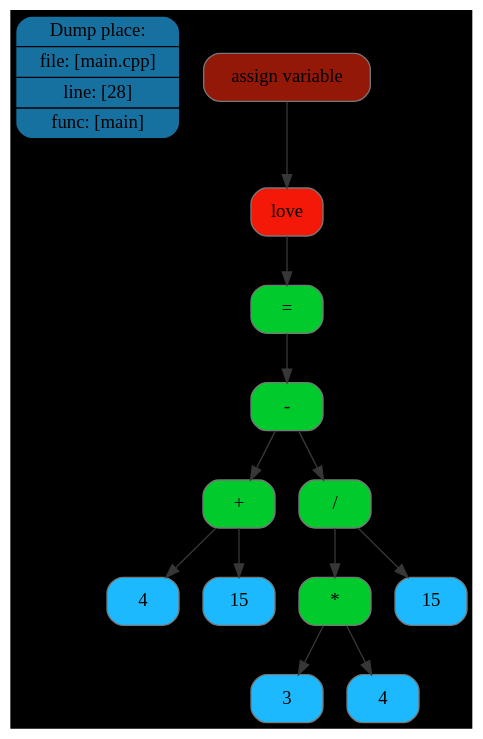
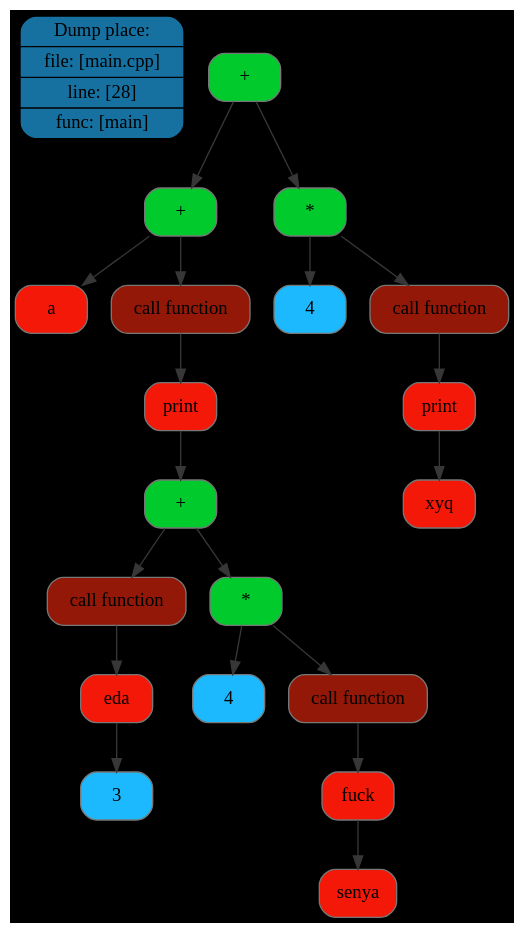
The diagram in FrontEnd/dot/tree/dot/tree1.dot (Maksim-Sebelev/Language), drawn with Graphviz before and after one commit. The commit also changed 40 other files, not shown here.

```diff
--- a/FrontEnd/dot/tree/dot/tree1.dot
+++ b/FrontEnd/dot/tree/dot/tree1.dot
@@ -1,29 +1,43 @@
 digraph G{
 rankdir=TB
 graph [bgcolor="#000000"];
 place[shape=Mrecord, style=filled, fillcolor="#1771a0", pos="0,1!",label = " { Dump place: | file: [main.cpp] | line: [28] | func: [main] } "color = "#000000"];
-node0x507000000560[shape=Mrecord, style=filled, fillcolor="#931807"label = "assign variable", color = "#777777"];
-node0x507000000090[shape=Mrecord, style=filled, fillcolor="#f31807"label = "love", color = "#777777"];
-node0x5070000004f0[shape=Mrecord, style=filled, fillcolor="#00ca2c"label = "\=", color = "#777777"];
-node0x507000000480[shape=Mrecord, style=filled, fillcolor="#00ca2c"label = "\-", color = "#777777"];
-node0x5070000001e0[shape=Mrecord, style=filled, fillcolor="#00ca2c"label = "\+", color = "#777777"];
-node0x507000000100[shape=Mrecord, style=filled, fillcolor="#1cb9ff"label = "4", color = "#777777"];
-node0x507000000170[shape=Mrecord, style=filled, fillcolor="#1cb9ff"label = "15", color = "#777777"];
-node0x507000000410[shape=Mrecord, style=filled, fillcolor="#00ca2c"label = "\/", color = "#777777"];
-node0x507000000330[shape=Mrecord, style=filled, fillcolor="#00ca2c"label = "\*", color = "#777777"];
-node0x507000000250[shape=Mrecord, style=filled, fillcolor="#1cb9ff"label = "3", color = "#777777"];
+node0x507000000870[shape=Mrecord, style=filled, fillcolor="#00ca2c"label = "\+", color = "#777777"];
+node0x5070000005d0[shape=Mrecord, style=filled, fillcolor="#00ca2c"label = "\+", color = "#777777"];
+node0x507000000090[shape=Mrecord, style=filled, fillcolor="#f31807"label = "a", color = "#777777"];
+node0x507000000560[shape=Mrecord, style=filled, fillcolor="#931807"label = "call function", color = "#777777"];
+node0x507000000100[shape=Mrecord, style=filled, fillcolor="#f31807"label = "print", color = "#777777"];
+node0x5070000004f0[shape=Mrecord, style=filled, fillcolor="#00ca2c"label = "\+", color = "#777777"];
+node0x507000000250[shape=Mrecord, style=filled, fillcolor="#931807"label = "call function", color = "#777777"];
+node0x507000000170[shape=Mrecord, style=filled, fillcolor="#f31807"label = "eda", color = "#777777"];
+node0x5070000001e0[shape=Mrecord, style=filled, fillcolor="#1cb9ff"label = "3", color = "#777777"];
+node0x507000000480[shape=Mrecord, style=filled, fillcolor="#00ca2c"label = "\*", color = "#777777"];
 node0x5070000002c0[shape=Mrecord, style=filled, fillcolor="#1cb9ff"label = "4", color = "#777777"];
-node0x5070000003a0[shape=Mrecord, style=filled, fillcolor="#1cb9ff"label = "15", color = "#777777"];
+node0x507000000410[shape=Mrecord, style=filled, fillcolor="#931807"label = "call function", color = "#777777"];
+node0x507000000330[shape=Mrecord, style=filled, fillcolor="#f31807"label = "fuck", color = "#777777"];
+node0x5070000003a0[shape=Mrecord, style=filled, fillcolor="#f31807"label = "senya", color = "#777777"];
+node0x507000000800[shape=Mrecord, style=filled, fillcolor="#00ca2c"label = "\*", color = "#777777"];
+node0x507000000640[shape=Mrecord, style=filled, fillcolor="#1cb9ff"label = "4", color = "#777777"];
+node0x507000000790[shape=Mrecord, style=filled, fillcolor="#931807"label = "call function", color = "#777777"];
+node0x5070000006b0[shape=Mrecord, style=filled, fillcolor="#f31807"label = "print", color = "#777777"];
+node0x507000000720[shape=Mrecord, style=filled, fillcolor="#f31807"label = "xyq", color = "#777777"];
 edge[color="#373737"];
-node0x507000000560->node0x507000000090;
-node0x507000000090->node0x5070000004f0;
+node0x507000000870->node0x5070000005d0;
+node0x5070000005d0->node0x507000000090;
+node0x5070000005d0->node0x507000000560;
+node0x507000000560->node0x507000000100;
+node0x507000000100->node0x5070000004f0;
+node0x5070000004f0->node0x507000000250;
+node0x507000000250->node0x507000000170;
+node0x507000000170->node0x5070000001e0;
 node0x5070000004f0->node0x507000000480;
-node0x507000000480->node0x5070000001e0;
-node0x5070000001e0->node0x507000000100;
-node0x5070000001e0->node0x507000000170;
+node0x507000000480->node0x5070000002c0;
 node0x507000000480->node0x507000000410;
 node0x507000000410->node0x507000000330;
-node0x507000000330->node0x507000000250;
-node0x507000000330->node0x5070000002c0;
-node0x507000000410->node0x5070000003a0;
+node0x507000000330->node0x5070000003a0;
+node0x507000000870->node0x507000000800;
+node0x507000000800->node0x507000000640;
+node0x507000000800->node0x507000000790;
+node0x507000000790->node0x5070000006b0;
+node0x5070000006b0->node0x507000000720;
 }
```
